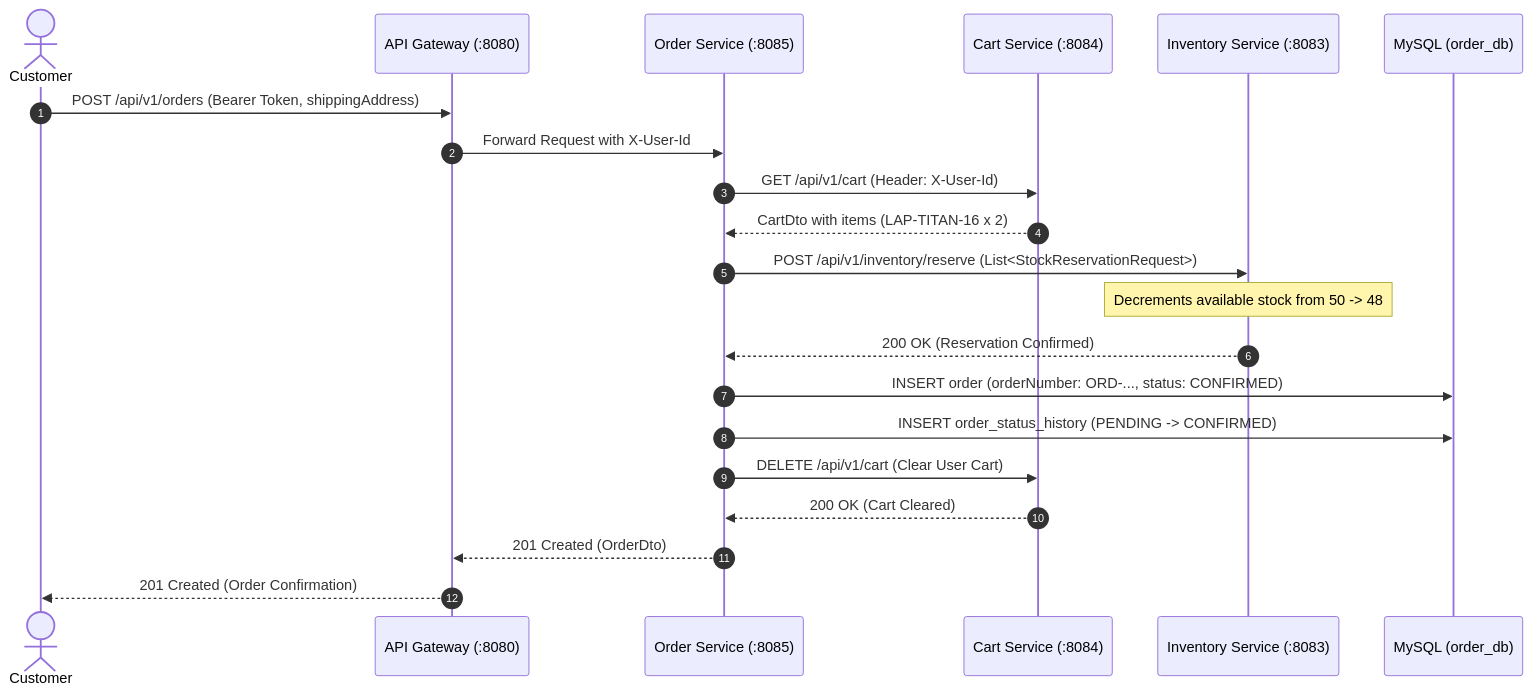
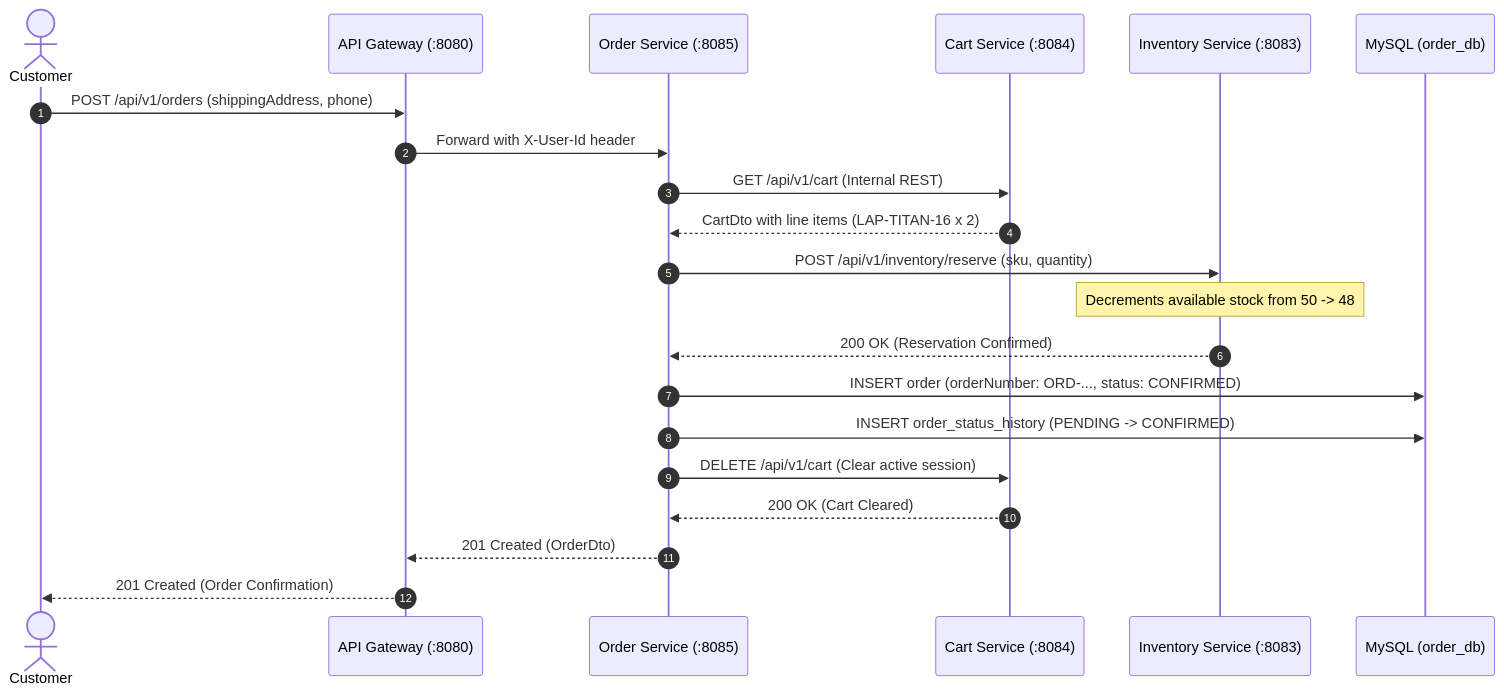
One commit to AyushGupta04/novatech-microservices-platform changed the fifth of 6 diagrams in COMPLETE_FLOW_GUIDE.md. Above: the diagram before and after it, drawn with Mermaid. The commit also changed other lines of this file and 1 other file, not shown here.

````diff
--- a/COMPLETE_FLOW_GUIDE.md
+++ b/COMPLETE_FLOW_GUIDE.md
@@ -167,24 +222,24 @@
 ```mermaid
 sequenceDiagram
     autonumber
     actor Customer
     participant Gateway as API Gateway (:8080)
     participant Order as Order Service (:8085)
     participant Cart as Cart Service (:8084)
     participant Inventory as Inventory Service (:8083)
     participant DB as MySQL (order_db)
 
-    Customer->>Gateway: POST /api/v1/orders (Bearer Token, shippingAddress)
-    Gateway->>Order: Forward Request with X-User-Id
-    Order->>Cart: GET /api/v1/cart (Header: X-User-Id)
-    Cart-->>Order: CartDto with items (LAP-TITAN-16 x 2)
-    Order->>Inventory: POST /api/v1/inventory/reserve (List<StockReservationRequest>)
+    Customer->>Gateway: POST /api/v1/orders (shippingAddress, phone)
+    Gateway->>Order: Forward with X-User-Id header
+    Order->>Cart: GET /api/v1/cart (Internal REST)
+    Cart-->>Order: CartDto with line items (LAP-TITAN-16 x 2)
+    Order->>Inventory: POST /api/v1/inventory/reserve (sku, quantity)
     Note over Inventory: Decrements available stock from 50 -> 48
     Inventory-->>Order: 200 OK (Reservation Confirmed)
     Order->>DB: INSERT order (orderNumber: ORD-..., status: CONFIRMED)
     Order->>DB: INSERT order_status_history (PENDING -> CONFIRMED)
-    Order->>Cart: DELETE /api/v1/cart (Clear User Cart)
+    Order->>Cart: DELETE /api/v1/cart (Clear active session)
     Cart-->>Order: 200 OK (Cart Cleared)
     Order-->>Gateway: 201 Created (OrderDto)
     Gateway-->>Customer: 201 Created (Order Confirmation)
 ```
````
